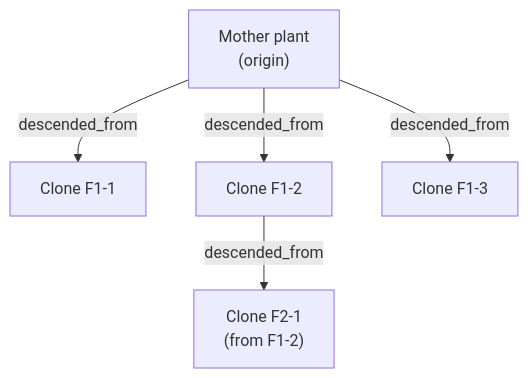
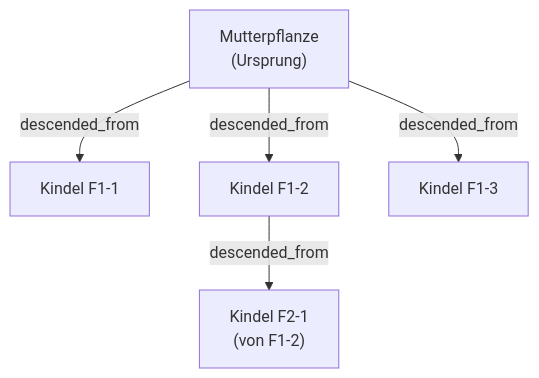
Before and after one commit to nolte/kamerplanter: the first of 2 diagrams in docs/de/user-guide/propagation.md, drawn with Mermaid. The commit also changed other lines of this file and 2 other files, not shown here.

````diff
--- a/docs/de/user-guide/propagation.md
+++ b/docs/de/user-guide/propagation.md
@@ -146,12 +118,12 @@
 ```mermaid
 flowchart TB
-    M["Mother plant<br/>(origin)"]
-    K1["Clone F1-1"]
-    K2["Clone F1-2"]
-    K3["Clone F1-3"]
-    K2_1["Clone F2-1<br/>(from F1-2)"]
+    M["Mutterpflanze<br/>(Ursprung)"]
+    K1["Kindel F1-1"]
+    K2["Kindel F1-2"]
+    K3["Kindel F1-3"]
+    K2_1["Kindel F2-1<br/>(von F1-2)"]
     M -->|descended_from| K1
     M -->|descended_from| K2
     M -->|descended_from| K3
     K2 -->|descended_from| K2_1
 ```
````
